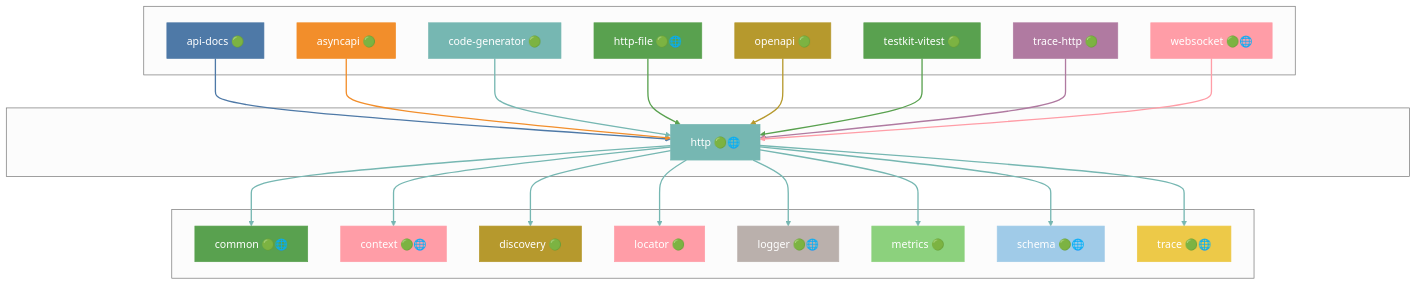
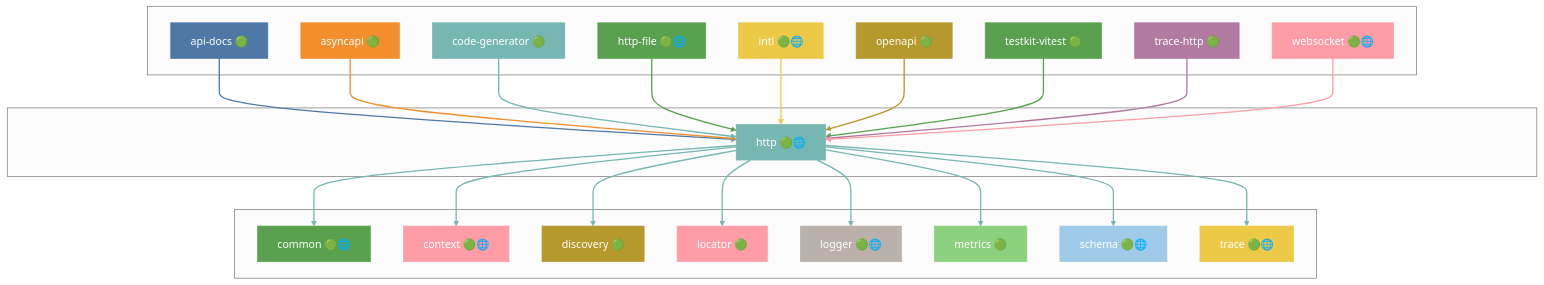
One commit to grest-ts/grest-ts changed diagram 23 of 45 in docs/DEPENDENCIES.md. Above: the diagram before and after it, drawn with Mermaid (neutral theme). The commit also changed other lines of this file and 91 other files, not shown here.

````diff
--- a/docs/DEPENDENCIES.md
+++ b/docs/DEPENDENCIES.md
@@ -1133,75 +1135,79 @@
 ```mermaid
 flowchart TB
     subgraph Dependents[" "]
         api-docs["api-docs 🟢"]
         asyncapi["asyncapi 🟢"]
         code-generator["code-generator 🟢"]
         http-file["http-file 🟢🌐"]
+        intl["intl 🟢🌐"]
         openapi["openapi 🟢"]
         testkit-vitest["testkit-vitest 🟢"]
         trace-http["trace-http 🟢"]
         websocket["websocket 🟢🌐"]
     end
     subgraph Package[" "]
         http["http 🟢🌐"]
     end
     subgraph Dependencies[" "]
         common["common 🟢🌐"]
         context["context 🟢🌐"]
         discovery["discovery 🟢"]
         locator["locator 🟢"]
         logger["logger 🟢🌐"]
         metrics["metrics 🟢"]
         schema["schema 🟢🌐"]
         trace["trace 🟢🌐"]
     end
     api-docs --> http
     asyncapi --> http
     code-generator --> http
     http-file --> http
+    intl --> http
     openapi --> http
     testkit-vitest --> http
     trace-http --> http
     websocket --> http
     http --> common
     http --> context
     http --> discovery
     http --> locator
     http --> logger
     http --> metrics
     http --> schema
     http --> trace
     style http fill:#76B7B2,stroke:#76B7B2,color:#fff
     style api-docs fill:#4E79A7,stroke:#4E79A7,color:#fff
     style asyncapi fill:#F28E2B,stroke:#F28E2B,color:#fff
     style code-generator fill:#76B7B2,stroke:#76B7B2,color:#fff
     style http-file fill:#59A14F,stroke:#59A14F,color:#fff
+    style intl fill:#EDC948,stroke:#EDC948,color:#fff
     style openapi fill:#B6992D,stroke:#B6992D,color:#fff
     style testkit-vitest fill:#59A14F,stroke:#59A14F,color:#fff
     style trace-http fill:#B07AA1,stroke:#B07AA1,color:#fff
     style websocket fill:#FF9DA7,stroke:#FF9DA7,color:#fff
     style common fill:#59A14F,stroke:#59A14F,color:#fff
     style context fill:#FF9DA7,stroke:#FF9DA7,color:#fff
     style discovery fill:#B6992D,stroke:#B6992D,color:#fff
     style locator fill:#FF9DA7,stroke:#FF9DA7,color:#fff
     style logger fill:#BAB0AC,stroke:#BAB0AC,color:#fff
     style metrics fill:#8CD17D,stroke:#8CD17D,color:#fff
     style schema fill:#A0CBE8,stroke:#A0CBE8,color:#fff
     style trace fill:#EDC948,stroke:#EDC948,color:#fff
     linkStyle 0 stroke:#4E79A7,stroke-width:2px
     linkStyle 1 stroke:#F28E2B,stroke-width:2px
     linkStyle 2 stroke:#76B7B2,stroke-width:2px
     linkStyle 3 stroke:#59A14F,stroke-width:2px
-    linkStyle 4 stroke:#B6992D,stroke-width:2px
-    linkStyle 5 stroke:#59A14F,stroke-width:2px
-    linkStyle 6 stroke:#B07AA1,stroke-width:2px
-    linkStyle 7 stroke:#FF9DA7,stroke-width:2px
-    linkStyle 8 stroke:#76B7B2,stroke-width:2px
+    linkStyle 4 stroke:#EDC948,stroke-width:2px
+    linkStyle 5 stroke:#B6992D,stroke-width:2px
+    linkStyle 6 stroke:#59A14F,stroke-width:2px
+    linkStyle 7 stroke:#B07AA1,stroke-width:2px
+    linkStyle 8 stroke:#FF9DA7,stroke-width:2px
     linkStyle 9 stroke:#76B7B2,stroke-width:2px
     linkStyle 10 stroke:#76B7B2,stroke-width:2px
     linkStyle 11 stroke:#76B7B2,stroke-width:2px
     linkStyle 12 stroke:#76B7B2,stroke-width:2px
     linkStyle 13 stroke:#76B7B2,stroke-width:2px
     linkStyle 14 stroke:#76B7B2,stroke-width:2px
     linkStyle 15 stroke:#76B7B2,stroke-width:2px
+    linkStyle 16 stroke:#76B7B2,stroke-width:2px
 ```
````
